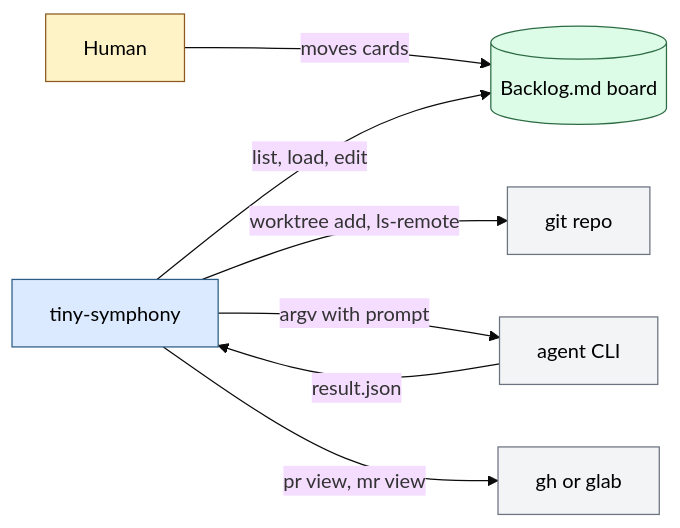
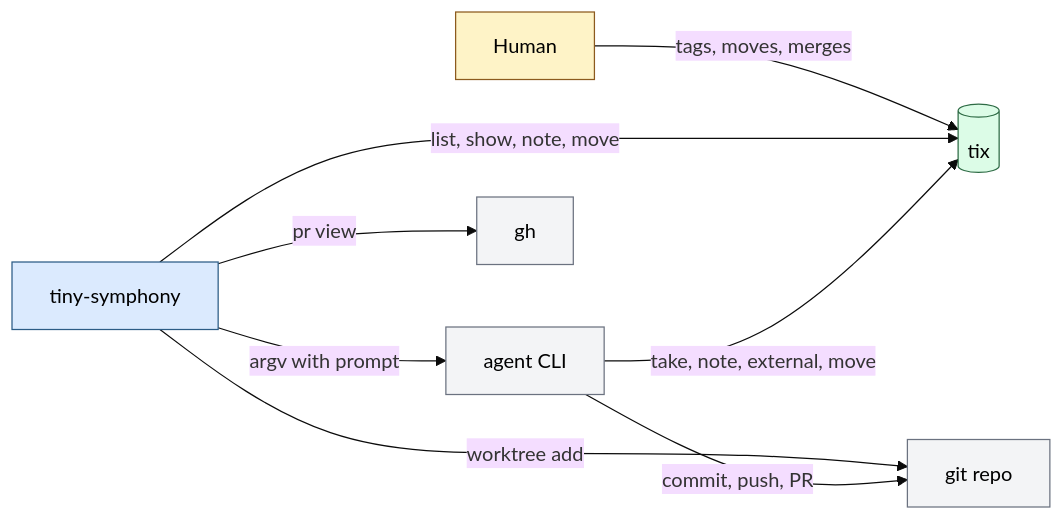
One commit to daniil4545/tiny-symphony changed the diagram in docs/architecture.md. Above: the diagram before and after it, drawn with Mermaid (base theme). The commit also changed other lines of this file and 6 other files, not shown here.

Commit message:
docs: spec.md describes 0.2.0, draft removed, README, architecture, AGENTS and CHANGELOG follow

````diff
--- a/docs/architecture.md
+++ b/docs/architecture.md
@@ -15,13 +17,14 @@
 ```mermaid
 flowchart LR
-  human["Human"]:::person -->|"moves cards"| bl[("Backlog.md board")]:::store
-  d["tiny-symphony"]:::ours -->|"list, load, edit"| bl
-  d -->|"worktree add, ls-remote"| git["git repo"]:::external
+  human["Human"]:::person -->|"tags, moves, merges"| tx[("tix")]:::store
+  d["tiny-symphony"]:::ours -->|"list, show, note, move"| tx
+  d -->|"worktree add"| git["git repo"]:::external
   d -->|"argv with prompt"| ag["agent CLI"]:::external
-  d -->|"pr view, mr view"| forge["gh or glab"]:::external
-  ag -->|"result.json"| d
+  d -->|"pr view"| gh["gh"]:::external
+  ag -->|"take, note, external, move"| tx
+  ag -->|"commit, push, PR"| git
   classDef ours fill:#dbeafe,stroke:#2c5c86,color:#000
   classDef external fill:#f3f4f6,stroke:#6b7280,color:#000
   classDef person fill:#fef3c7,stroke:#8c5a1e,color:#000
   classDef store fill:#dcfce7,stroke:#2e6b45,color:#000
 ```
````
